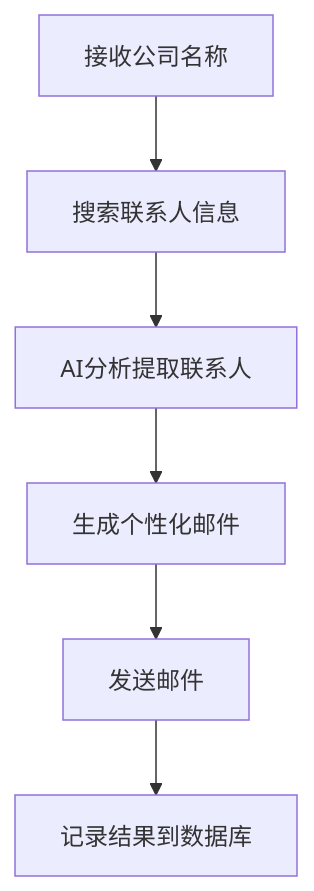
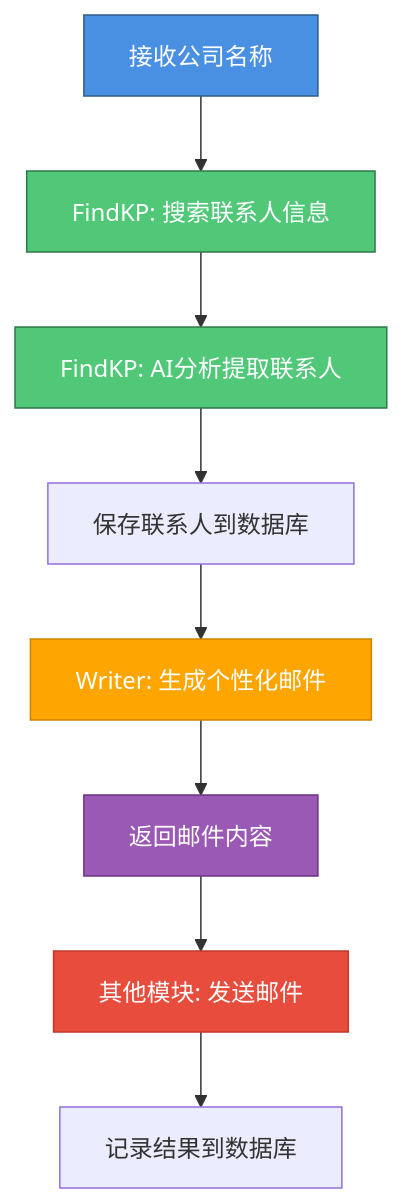
One commit to 1099271/smart-lead-agent changed the diagram in README.md. Above: the diagram before and after it, drawn with Mermaid. The commit also changed other lines of this file and 13 other files, not shown here.

````diff
--- a/README.md
+++ b/README.md
@@ -241,8 +379,17 @@
 ```mermaid
 graph TD
-    A[接收公司名称] --> B[搜索联系人信息]
-    B --> C[AI分析提取联系人]
-    C --> D[生成个性化邮件]
-    D --> E[发送邮件]
-    E --> F[记录结果到数据库]
+    A[接收公司名称] --> B[FindKP: 搜索联系人信息]
+    B --> C[FindKP: AI分析提取联系人]
+    C --> D[保存联系人到数据库]
+    D --> E[Writer: 生成个性化邮件]
+    E --> F[返回邮件内容]
+    F --> G[其他模块: 发送邮件]
+    G --> H[记录结果到数据库]
+
+    style A fill:#4a90e2,stroke:#2e5c8a,color:#fff
+    style B fill:#50c878,stroke:#2d7a4a,color:#fff
+    style C fill:#50c878,stroke:#2d7a4a,color:#fff
+    style E fill:#ffa500,stroke:#cc8400,color:#fff
+    style F fill:#9b59b6,stroke:#6c3483,color:#fff
+    style G fill:#e74c3c,stroke:#c0392b,color:#fff
 ```
````
